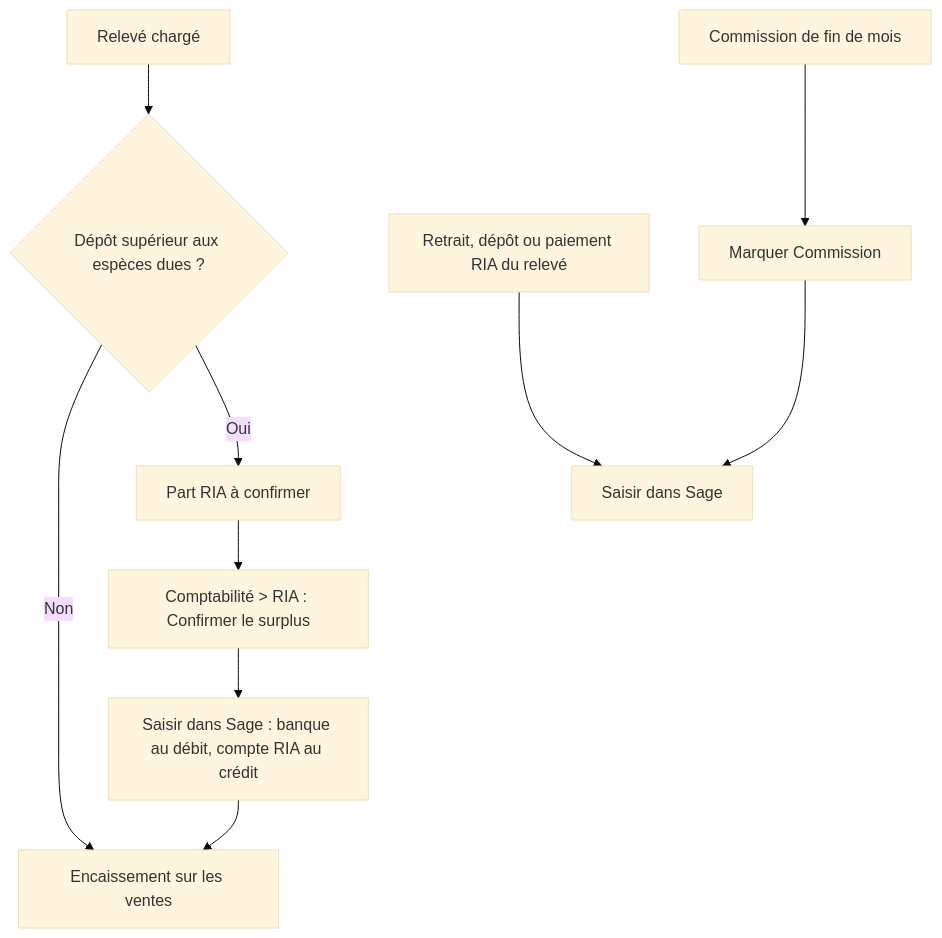
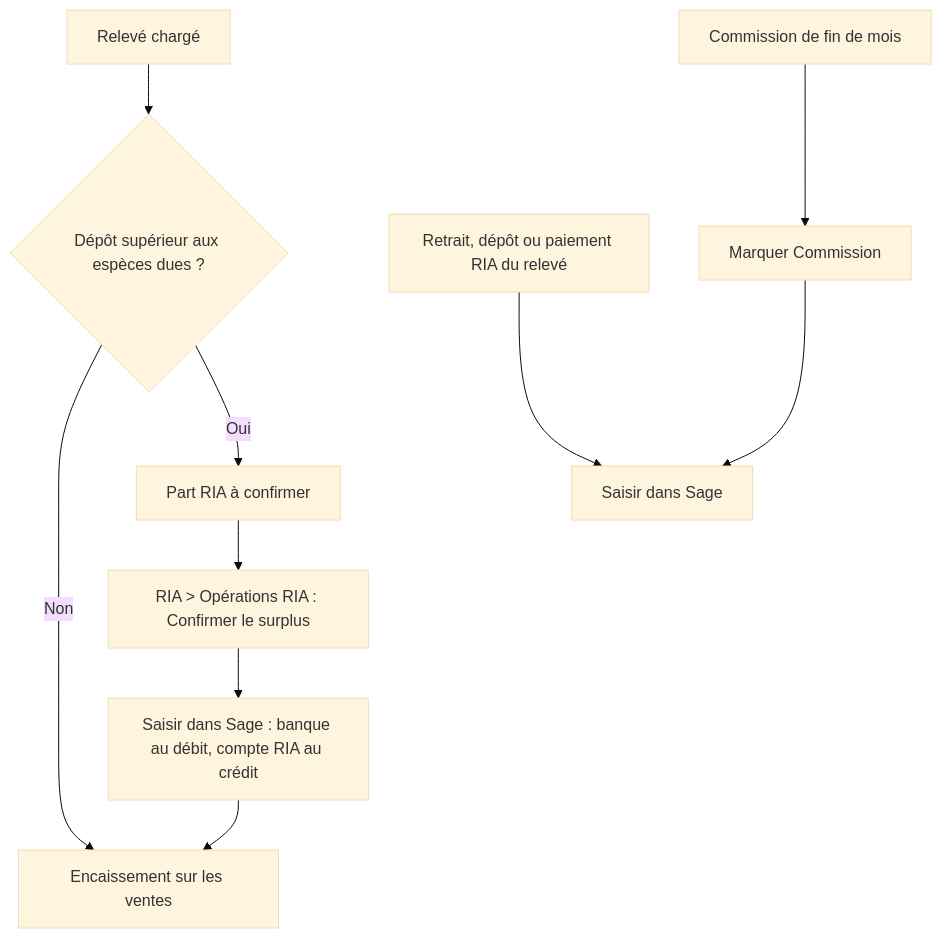
One commit to mteingueng-dot/MVOGMBI_Sync_2026.1 changed the seventh of 13 diagrams in documentation/WORKFLOWS.md. Above: the diagram before and after it, drawn with Mermaid (base theme). The commit also changed other lines of this file and 27 other files, not shown here.

````diff
--- a/documentation/WORKFLOWS.md
+++ b/documentation/WORKFLOWS.md
@@ -117,11 +118,11 @@
 ```mermaid
 flowchart TD
     A[Relevé chargé] --> B{Dépôt supérieur aux espèces dues ?}
     B -- Non --> C[Encaissement sur les ventes]
     B -- Oui --> D[Part RIA à confirmer]
-    D --> E[Comptabilité > RIA : Confirmer le surplus]
+    D --> E[RIA > Opérations RIA : Confirmer le surplus]
     E --> F[Saisir dans Sage : banque au débit, compte RIA au crédit]
     F --> C
     G[Retrait, dépôt ou paiement RIA du relevé] --> H[Saisir dans Sage]
     I[Commission de fin de mois] --> J[Marquer Commission] --> H
 ```
````
